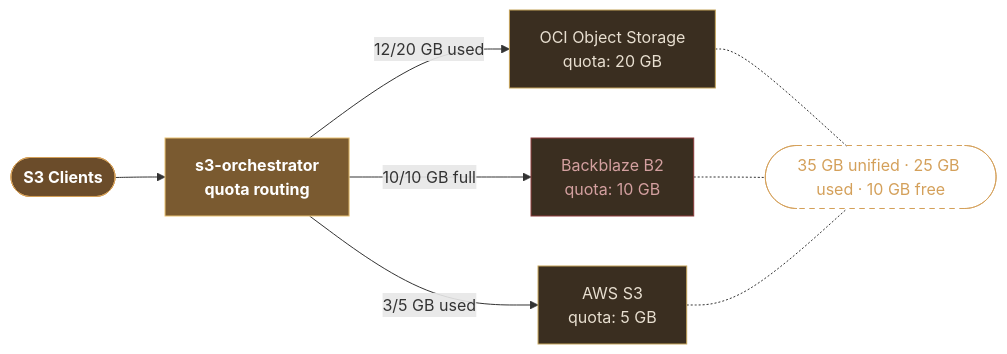
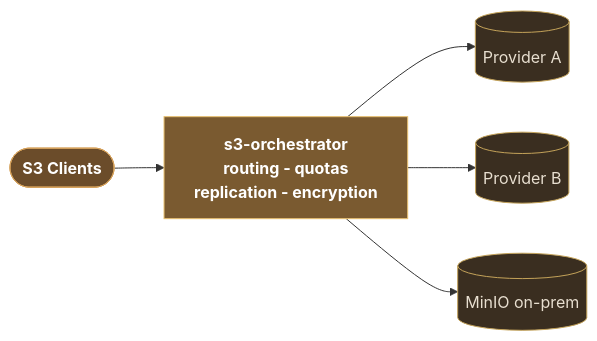
The first of 4 diagrams in web/content/_index.md (afreidah/s3-orchestrator), drawn with Mermaid before and after one commit. The commit also changed other lines of this file and 4 other files, not shown here.

```diff
--- a/web/content/_index.md
+++ b/web/content/_index.md
@@ -46,14 +32,11 @@
 {{< mermaid >}}
 flowchart LR
-    C([S3 Clients]):::client --> O[s3-orchestrator<br/>quota routing]:::orch
-    O -->|"12/20 GB used"| B1[OCI Object Storage<br/>quota: 20 GB]:::backend
-    O -->|"10/10 GB full"| B2[Backblaze B2<br/>quota: 10 GB]:::full
-    O -->|"3/5 GB used"| B3[AWS S3<br/>quota: 5 GB]:::backend
-    B1 & B2 & B3 -.- POOL([35 GB unified · 25 GB used · 10 GB free]):::pool
+    C([S3 Clients]):::client --> O[s3-orchestrator<br/>routing - quotas<br/>replication - encryption]:::orch
+    O --> B1[(Provider A)]:::backend
+    O --> B2[(Provider B)]:::backend
+    O --> B3[(MinIO on-prem)]:::backend
 
     classDef client fill:#6b4c2a,stroke:#d4a05a,color:#fff,font-weight:bold
     classDef orch fill:#7a5a30,stroke:#e8c070,color:#fff,font-weight:bold
     classDef backend fill:#3a2e20,stroke:#c4a35a,color:#e8dfd0
-    classDef full fill:#3a2e20,stroke:#8b3a3a,color:#d4a0a0
-    classDef pool fill:none,stroke:#d4a05a,color:#d4a05a,stroke-dasharray:5 5
 {{< /mermaid >}}
```
